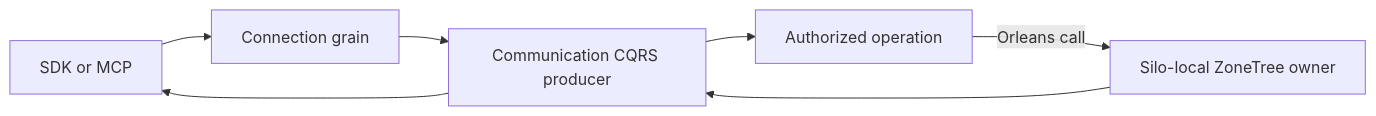
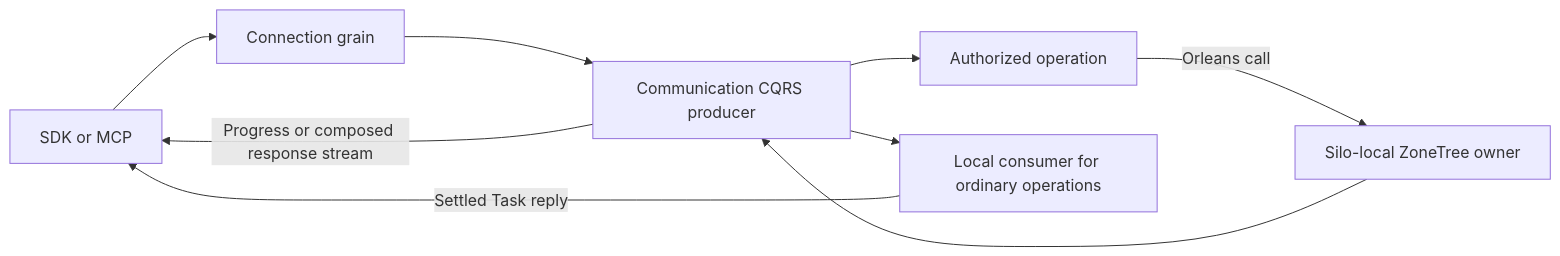
Before and after one commit to managedcode/KeyLoad: the diagram in docs/Features/OrleansExecution/RuntimeCqrs.md, drawn with Mermaid. The commit also changed other lines of this file and 11 other files, not shown here.

````diff
--- a/docs/Features/OrleansExecution/RuntimeCqrs.md
+++ b/docs/Features/OrleansExecution/RuntimeCqrs.md
@@ -18,9 +22,11 @@
 ```mermaid
 flowchart LR
     Caller[SDK or MCP] --> Connection[Connection grain]
     Connection --> Stream[Communication CQRS producer]
     Stream --> Operation[Authorized operation]
     Operation -->|Orleans call| Owner[Silo-local ZoneTree owner]
     Owner --> Stream
-    Stream --> Caller
+    Stream --> Local[Local consumer for ordinary operations]
+    Local -->|Settled Task reply| Caller
+    Stream -->|Progress or composed response stream| Caller
 ```
````
